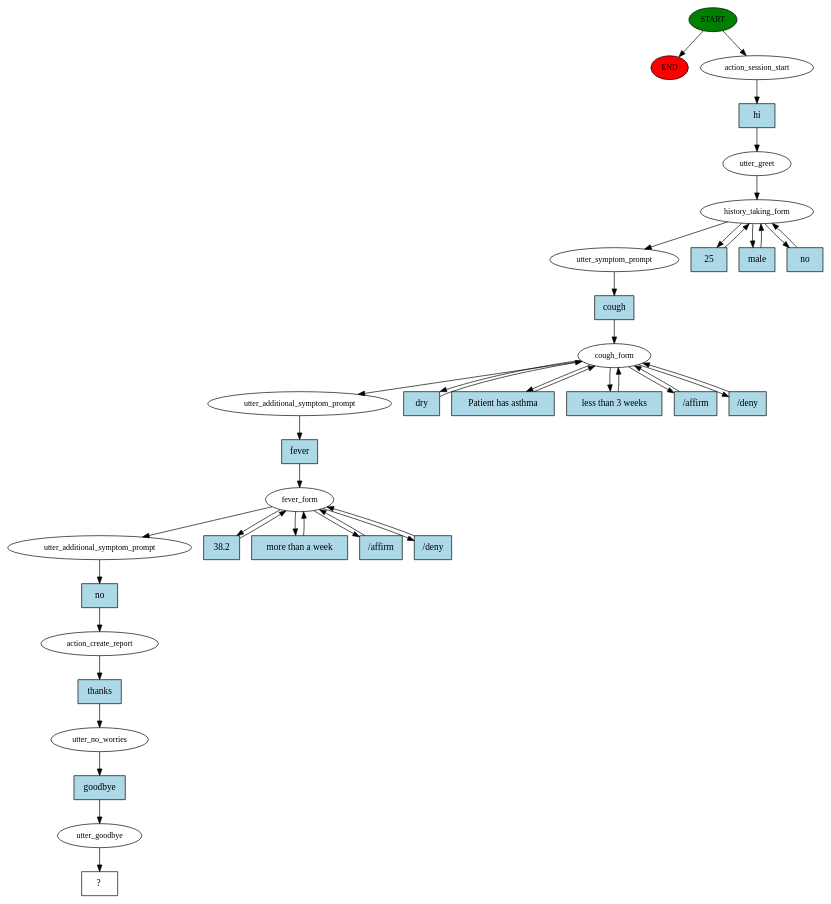
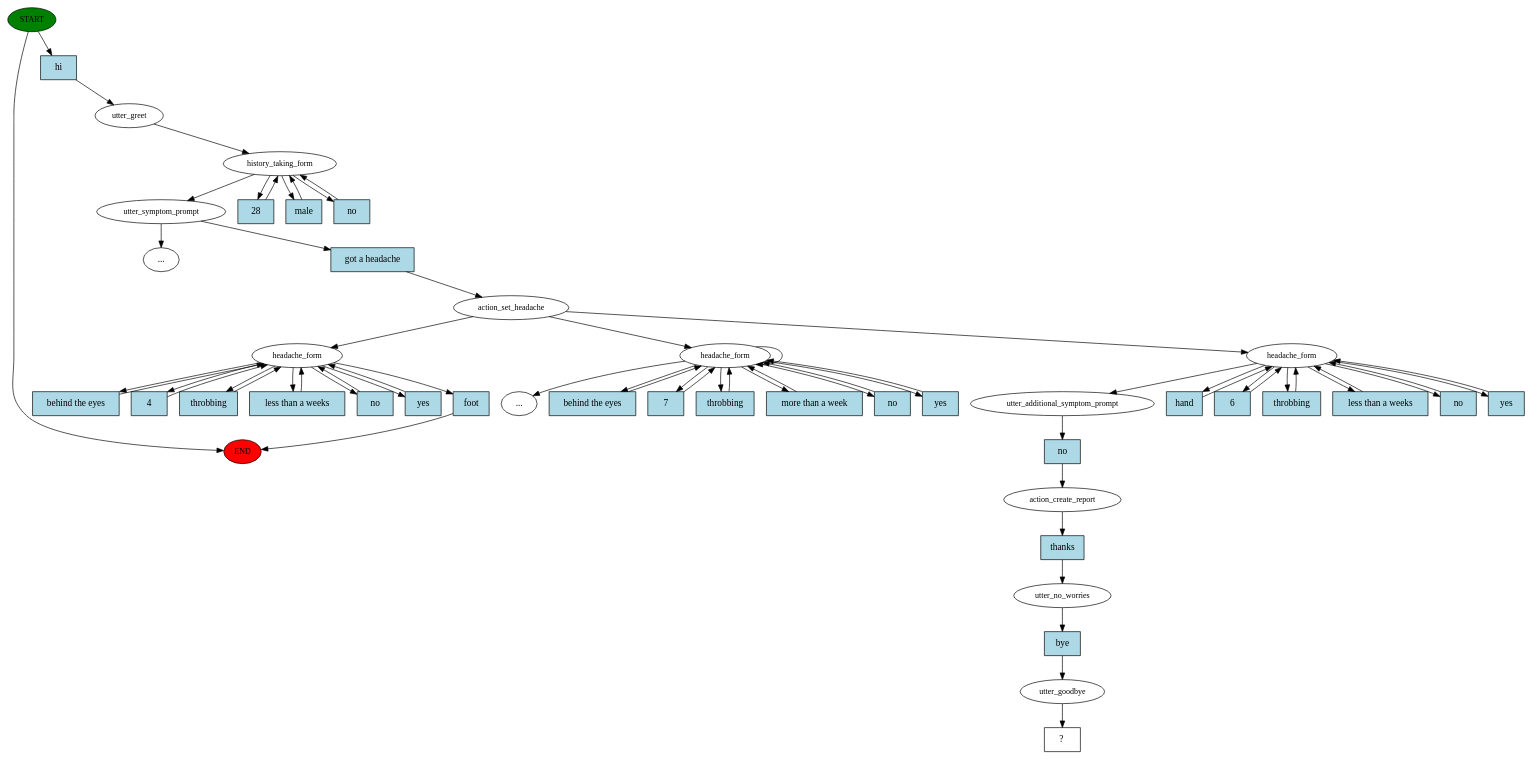
The diagram in story_graph.dot (owen-yap/rasa-cyberlife), drawn with Graphviz before and after one commit. The commit also changed 15 other files, not shown here.

```diff
--- a/story_graph.dot
+++ b/story_graph.dot
@@ -1,77 +1,110 @@
 digraph  {
 0 [class="start active", fillcolor=green, fontsize=12, label=START, style=filled];
 "-1" [class=end, fillcolor=red, fontsize=12, label=END, style=filled];
-1 [class=active, fontsize=12, label=action_session_start];
-2 [class=active, fontsize=12, label=utter_greet];
-3 [class=active, fontsize=12, label=history_taking_form];
-7 [class=active, fontsize=12, label=utter_symptom_prompt];
-8 [class=active, fontsize=12, label=cough_form];
-15 [class=active, fontsize=12, label=utter_additional_symptom_prompt];
-16 [class=active, fontsize=12, label=fever_form];
-22 [class=active, fontsize=12, label=utter_additional_symptom_prompt];
-23 [class=active, fontsize=12, label=action_create_report];
-24 [class=active, fontsize=12, label=utter_no_worries];
-25 [class=active, fontsize=12, label=utter_goodbye];
-26 [class="intent dashed active", label="  ?  ", shape=rect];
-27 [class="intent active", fillcolor=lightblue, label=hi, shape=rect, style=filled];
-28 [class="intent active", fillcolor=lightblue, label=25, shape=rect, style=filled];
-29 [class="intent active", fillcolor=lightblue, label=male, shape=rect, style=filled];
-30 [class="intent active", fillcolor=lightblue, label=no, shape=rect, style=filled];
-31 [class="intent active", fillcolor=lightblue, label=cough, shape=rect, style=filled];
-32 [class="intent active", fillcolor=lightblue, label=dry, shape=rect, style=filled];
-33 [class="intent active", fillcolor=lightblue, label="Patient has asthma", shape=rect, style=filled];
-34 [class="intent active", fillcolor=lightblue, label="less than 3 weeks", shape=rect, style=filled];
-35 [class="intent active", fillcolor=lightblue, label="/affirm", shape=rect, style=filled];
-36 [class="intent active", fillcolor=lightblue, label="/deny", shape=rect, style=filled];
-37 [class="intent active", fillcolor=lightblue, label=fever, shape=rect, style=filled];
-38 [class="intent active", fillcolor=lightblue, label="38.2", shape=rect, style=filled];
-39 [class="intent active", fillcolor=lightblue, label="more than a week", shape=rect, style=filled];
-40 [class="intent active", fillcolor=lightblue, label="/affirm", shape=rect, style=filled];
-41 [class="intent active", fillcolor=lightblue, label="/deny", shape=rect, style=filled];
-42 [class="intent active", fillcolor=lightblue, label=no, shape=rect, style=filled];
-43 [class="intent active", fillcolor=lightblue, label=thanks, shape=rect, style=filled];
-44 [class="intent active", fillcolor=lightblue, label=goodbye, shape=rect, style=filled];
+1 [class=active, fontsize=12, label=utter_greet];
+2 [class=active, fontsize=12, label=history_taking_form];
+3 [class=active, fontsize=12, label=utter_symptom_prompt];
+"-8" [class=ellipsis, label="..."];
+25 [class=active, fontsize=12, label=action_set_headache];
+26 [class="", fontsize=12, label=headache_form];
+43 [class="", fontsize=12, label=headache_form];
+"-9" [class=ellipsis, label="..."];
+75 [class=active, fontsize=12, label=headache_form];
+87 [class=active, fontsize=12, label=utter_additional_symptom_prompt];
+88 [class=active, fontsize=12, label=action_create_report];
+89 [class=active, fontsize=12, label=utter_no_worries];
+90 [class=active, fontsize=12, label=utter_goodbye];
+91 [class="intent dashed active", label="  ?  ", shape=rect];
+92 [class="intent active", fillcolor=lightblue, label=hi, shape=rect, style=filled];
+93 [class="intent active", fillcolor=lightblue, label=28, shape=rect, style=filled];
+94 [class="intent active", fillcolor=lightblue, label=male, shape=rect, style=filled];
+95 [class="intent active", fillcolor=lightblue, label=no, shape=rect, style=filled];
+96 [class="intent active", fillcolor=lightblue, label="got a headache", shape=rect, style=filled];
+97 [class=intent, fillcolor=lightblue, label="behind the eyes", shape=rect, style=filled];
+98 [class=intent, fillcolor=lightblue, label=4, shape=rect, style=filled];
+99 [class=intent, fillcolor=lightblue, label=throbbing, shape=rect, style=filled];
+100 [class=intent, fillcolor=lightblue, label="less than a weeks", shape=rect, style=filled];
+101 [class=intent, fillcolor=lightblue, label=no, shape=rect, style=filled];
+102 [class=intent, fillcolor=lightblue, label=yes, shape=rect, style=filled];
+103 [class=intent, fillcolor=lightblue, label=foot, shape=rect, style=filled];
+104 [class=intent, fillcolor=lightblue, label="behind the eyes", shape=rect, style=filled];
+105 [class=intent, fillcolor=lightblue, label=7, shape=rect, style=filled];
+106 [class=intent, fillcolor=lightblue, label=throbbing, shape=rect, style=filled];
+107 [class=intent, fillcolor=lightblue, label="more than a week", shape=rect, style=filled];
+108 [class=intent, fillcolor=lightblue, label=no, shape=rect, style=filled];
+109 [class=intent, fillcolor=lightblue, label=yes, shape=rect, style=filled];
+110 [class="intent active", fillcolor=lightblue, label=hand, shape=rect, style=filled];
+111 [class="intent active", fillcolor=lightblue, label=6, shape=rect, style=filled];
+112 [class="intent active", fillcolor=lightblue, label=throbbing, shape=rect, style=filled];
+113 [class="intent active", fillcolor=lightblue, label="less than a weeks", shape=rect, style=filled];
+114 [class="intent active", fillcolor=lightblue, label=no, shape=rect, style=filled];
+115 [class="intent active", fillcolor=lightblue, label=yes, shape=rect, style=filled];
+116 [class="intent active", fillcolor=lightblue, label=no, shape=rect, style=filled];
+117 [class="intent active", fillcolor=lightblue, label=thanks, shape=rect, style=filled];
+118 [class="intent active", fillcolor=lightblue, label=bye, shape=rect, style=filled];
 0 -> "-1"  [class="", key=NONE, label=""];
-0 -> 1  [class=active, key=NONE, label=""];
-1 -> 27  [class=active, key=0];
+0 -> 92  [class=active, key=0];
+1 -> 2  [class=active, key=NONE, label=""];
 2 -> 3  [class=active, key=NONE, label=""];
-3 -> 7  [class=active, key=NONE, label=""];
-3 -> 28  [class=active, key=0];
-3 -> 29  [class=active, key=0];
-3 -> 30  [class=active, key=0];
-7 -> 31  [class=active, key=0];
-8 -> 15  [class=active, key=NONE, label=""];
-8 -> 32  [class=active, key=0];
-8 -> 33  [class=active, key=0];
-8 -> 34  [class=active, key=0];
-8 -> 35  [class=active, key=0];
-8 -> 36  [class=active, key=0];
-15 -> 37  [class=active, key=0];
-16 -> 22  [class=active, key=NONE, label=""];
-16 -> 38  [class=active, key=0];
-16 -> 39  [class=active, key=0];
-16 -> 40  [class=active, key=0];
-16 -> 41  [class=active, key=0];
-22 -> 42  [class=active, key=0];
-23 -> 43  [class=active, key=0];
-24 -> 44  [class=active, key=0];
-25 -> 26  [class=active, key=NONE, label=""];
-27 -> 2  [class=active, key=0];
-28 -> 3  [class=active, key=0];
-29 -> 3  [class=active, key=0];
-30 -> 3  [class=active, key=0];
-31 -> 8  [class=active, key=0];
-32 -> 8  [class=active, key=0];
-33 -> 8  [class=active, key=0];
-34 -> 8  [class=active, key=0];
-35 -> 8  [class=active, key=0];
-36 -> 8  [class=active, key=0];
-37 -> 16  [class=active, key=0];
-38 -> 16  [class=active, key=0];
-39 -> 16  [class=active, key=0];
-40 -> 16  [class=active, key=0];
-41 -> 16  [class=active, key=0];
-42 -> 23  [class=active, key=0];
-43 -> 24  [class=active, key=0];
-44 -> 25  [class=active, key=0];
+2 -> 93  [class=active, key=0];
+2 -> 94  [class=active, key=0];
+2 -> 95  [class=active, key=0];
+3 -> "-8"  [class="", key=NONE, label=""];
+3 -> 96  [class=active, key=0];
+25 -> 26  [class="", key=NONE, label=""];
+25 -> 43  [class="", key=NONE, label=""];
+25 -> 75  [class=active, key=NONE, label=""];
+26 -> 97  [class="", key=0];
+26 -> 98  [class="", key=0];
+26 -> 99  [class="", key=0];
+26 -> 100  [class="", key=0];
+26 -> 101  [class="", key=0];
+26 -> 102  [class="", key=0];
+26 -> 103  [class="", key=0];
+43 -> 43  [class="", key=NONE, label=""];
+43 -> "-9"  [class="", key=NONE, label=""];
+43 -> 104  [class="", key=0];
+43 -> 105  [class="", key=0];
+43 -> 106  [class="", key=0];
+43 -> 107  [class="", key=0];
+43 -> 108  [class="", key=0];
+43 -> 109  [class="", key=0];
+75 -> 87  [class=active, key=NONE, label=""];
+75 -> 110  [class=active, key=0];
+75 -> 111  [class=active, key=0];
+75 -> 112  [class=active, key=0];
+75 -> 113  [class=active, key=0];
+75 -> 114  [class=active, key=0];
+75 -> 115  [class=active, key=0];
+87 -> 116  [class=active, key=0];
+88 -> 117  [class=active, key=0];
+89 -> 118  [class=active, key=0];
+90 -> 91  [class=active, key=NONE, label=""];
+92 -> 1  [class=active, key=0];
+93 -> 2  [class=active, key=0];
+94 -> 2  [class=active, key=0];
+95 -> 2  [class=active, key=0];
+96 -> 25  [class=active, key=0];
+97 -> 26  [class="", key=0];
+98 -> 26  [class="", key=0];
+99 -> 26  [class="", key=0];
+100 -> 26  [class="", key=0];
+101 -> 26  [class="", key=0];
+102 -> 26  [class="", key=0];
+103 -> "-1"  [class="", key=0];
+104 -> 43  [class="", key=0];
+105 -> 43  [class="", key=0];
+106 -> 43  [class="", key=0];
+107 -> 43  [class="", key=0];
+108 -> 43  [class="", key=0];
+109 -> 43  [class="", key=0];
+110 -> 75  [class=active, key=0];
+111 -> 75  [class=active, key=0];
+112 -> 75  [class=active, key=0];
+113 -> 75  [class=active, key=0];
+114 -> 75  [class=active, key=0];
+115 -> 75  [class=active, key=0];
+116 -> 88  [class=active, key=0];
+117 -> 89  [class=active, key=0];
+118 -> 90  [class=active, key=0];
 }
```
